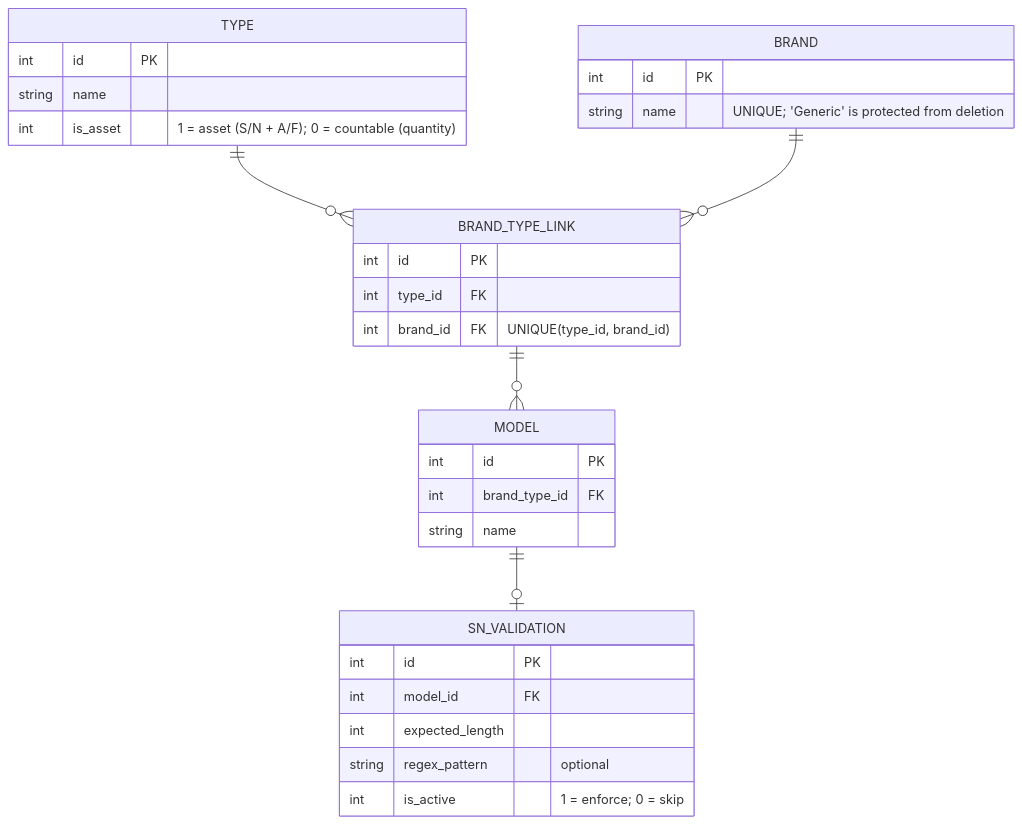
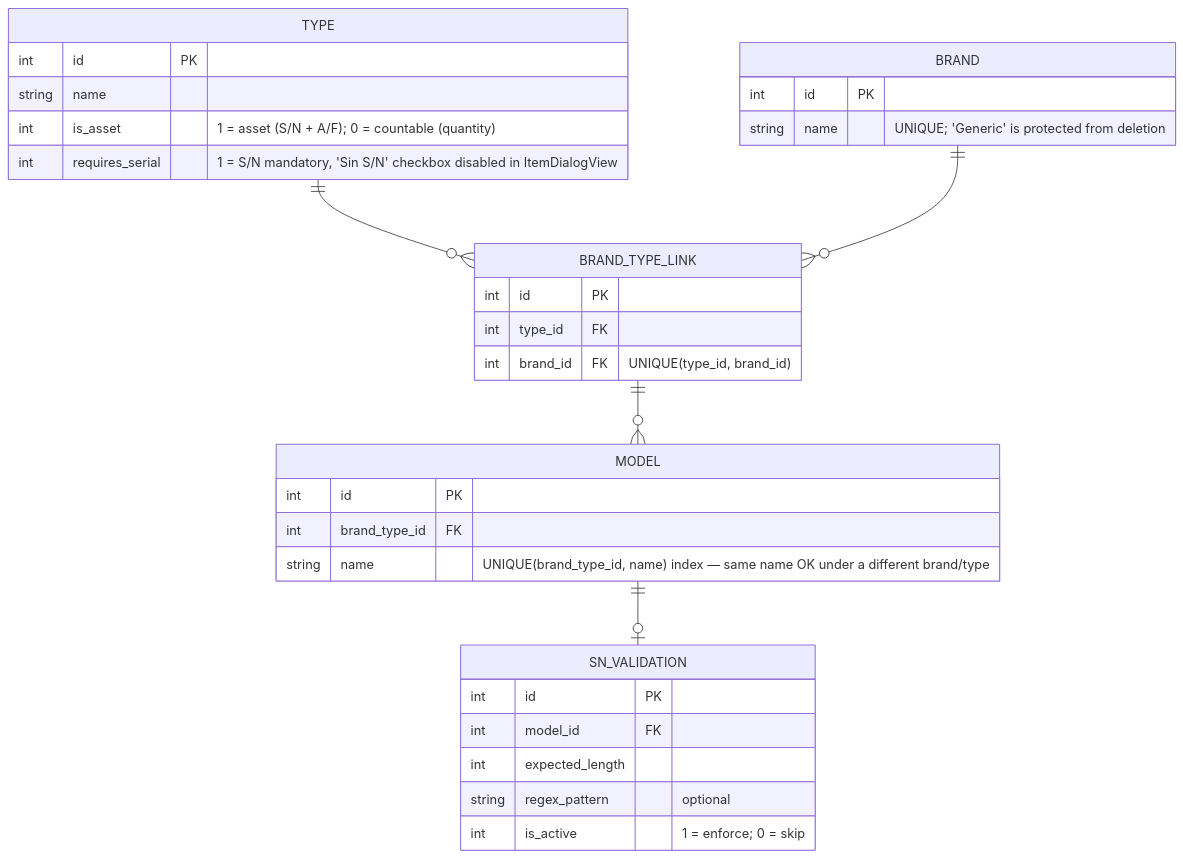
One commit to Bunshock/nexus-it changed the first of 4 diagrams in docs/database.md. Above: the diagram before and after it, drawn with Mermaid. The commit also changed 5 other files, not shown here.

````diff
--- a/docs/database.md
+++ b/docs/database.md
@@ -7,43 +7,44 @@
 ```mermaid
 
 erDiagram
     direction TB
 
     TYPE ||--o{ BRAND_TYPE_LINK : ""
     BRAND ||--o{ BRAND_TYPE_LINK : ""
     BRAND_TYPE_LINK ||--o{ MODEL : ""
     
     MODEL ||--o| SN_VALIDATION : ""
     
     TYPE {
         int id PK
         string name
         int is_asset "1 = asset (S/N + A/F); 0 = countable (quantity)"
+        int requires_serial "1 = S/N mandatory, 'Sin S/N' checkbox disabled in ItemDialogView"
     }
 
     BRAND {
         int id PK
         string name "UNIQUE; 'Generic' is protected from deletion"
     }
 
     BRAND_TYPE_LINK {
         int id PK
         int type_id FK
         int brand_id FK
         "UNIQUE(type_id, brand_id)"
     }
 
     MODEL {
         int id PK
         int brand_type_id FK
-        string name
+        string name "UNIQUE(brand_type_id, name) index — same name OK under a different brand/type"
     }
 
     SN_VALIDATION {
         int id PK
         int model_id FK
         int expected_length
         string regex_pattern "optional"
         int is_active "1 = enforce; 0 = skip"
     }
 ```
````
